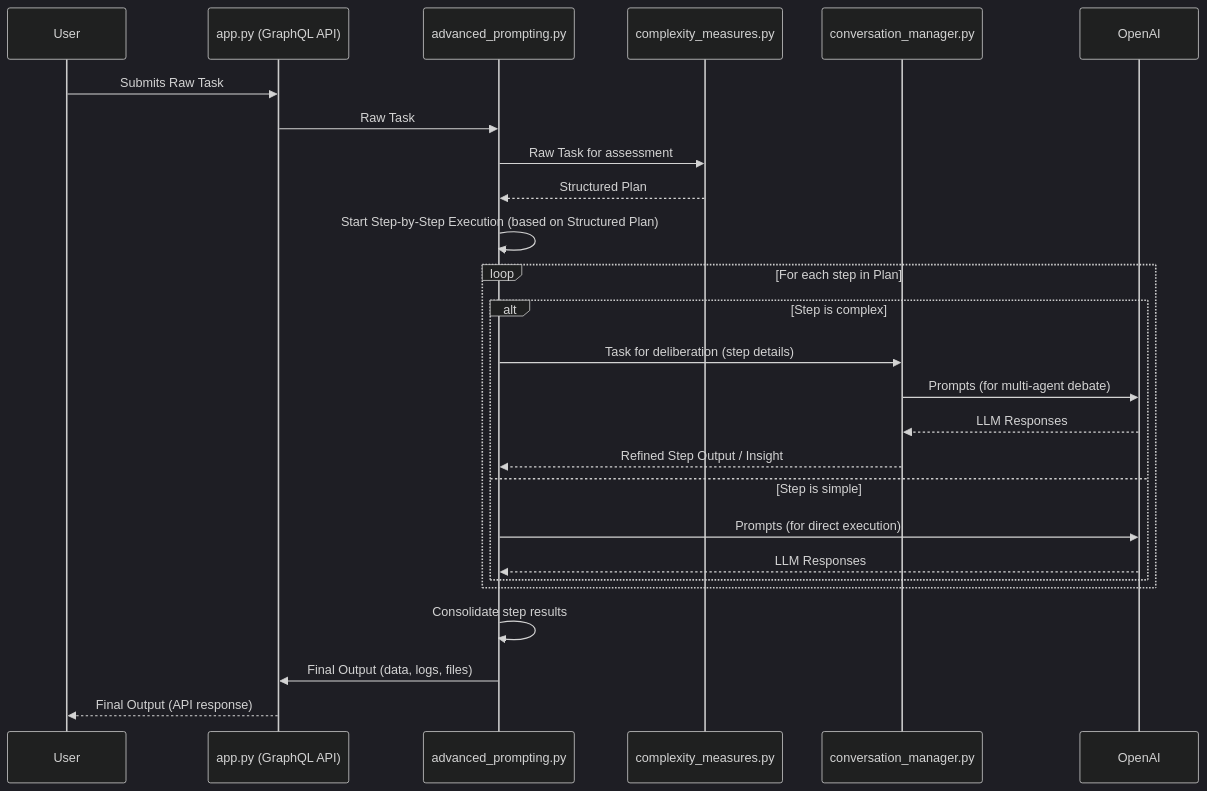
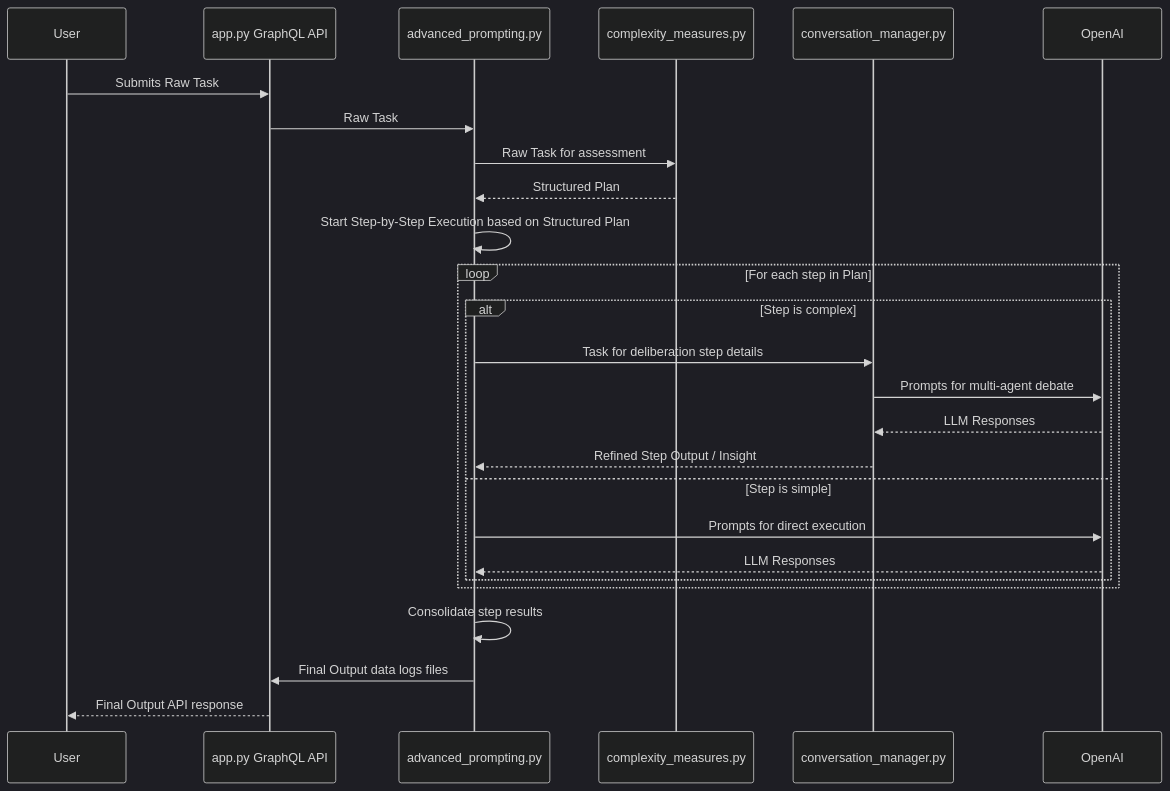
One commit to dhar174/advanced_prompting_system changed the second of 5 diagrams in final_analysis_report.md. Above: the diagram before and after it, drawn with Mermaid (dark theme). The commit also changed other lines of this file, not shown here.

First line of the commit message:
Update final_analysis_report.md

````diff
--- a/final_analysis_report.md
+++ b/final_analysis_report.md
@@ -109,31 +109,31 @@
 ```mermaid
 sequenceDiagram
     participant User
-    participant API as app.py (GraphQL API)
+    participant API as app.py GraphQL API
     participant Engine as advanced_prompting.py
     participant Complexity as complexity_measures.py
     participant ConvManager as conversation_manager.py
     participant OpenAI
 
     User->>API: Submits Raw Task
     API->>Engine: Raw Task
     Engine->>Complexity: Raw Task for assessment
     Complexity-->>Engine: Structured Plan
-    Engine->>Engine: Start Step-by-Step Execution (based on Structured Plan)
+    Engine->>Engine: Start Step-by-Step Execution based on Structured Plan
 
     loop For each step in Plan
         alt Step is complex
-            Engine->>ConvManager: Task for deliberation (step details)
-            ConvManager->>OpenAI: Prompts (for multi-agent debate)
+            Engine->>ConvManager: Task for deliberation step details
+            ConvManager->>OpenAI: Prompts for multi-agent debate
             OpenAI-->>ConvManager: LLM Responses
             ConvManager-->>Engine: Refined Step Output / Insight
         else Step is simple
-            Engine->>OpenAI: Prompts (for direct execution)
+            Engine->>OpenAI: Prompts for direct execution
             OpenAI-->>Engine: LLM Responses
         end
     end
 
     Engine->>Engine: Consolidate step results
-    Engine->>API: Final Output (data, logs, files)
-    API-->>User: Final Output (API response)
+    Engine->>API: Final Output data logs files
+    API-->>User: Final Output API response
 ```
````
